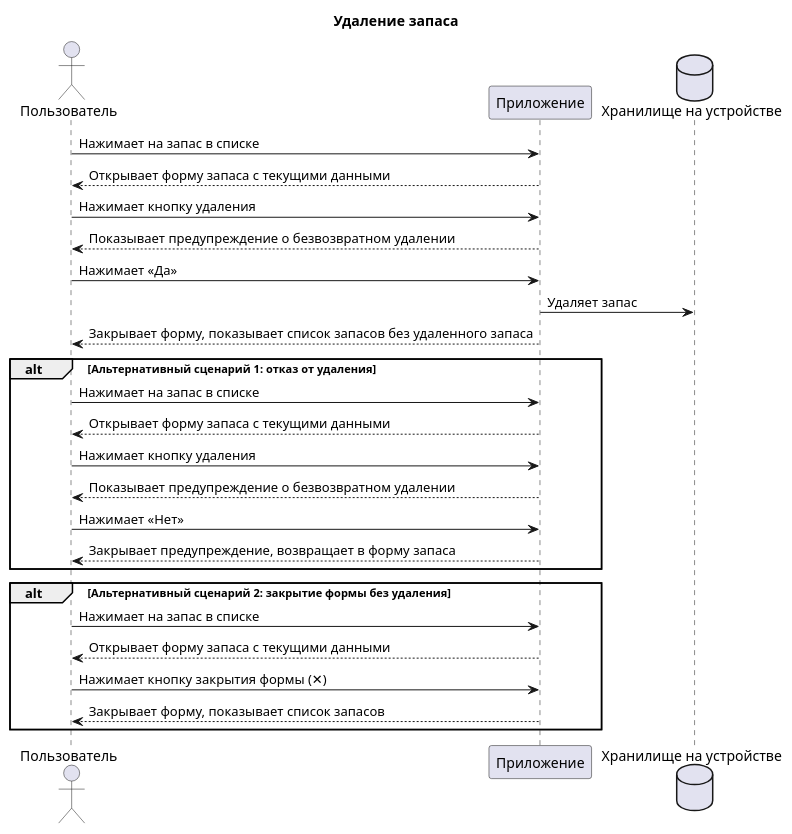
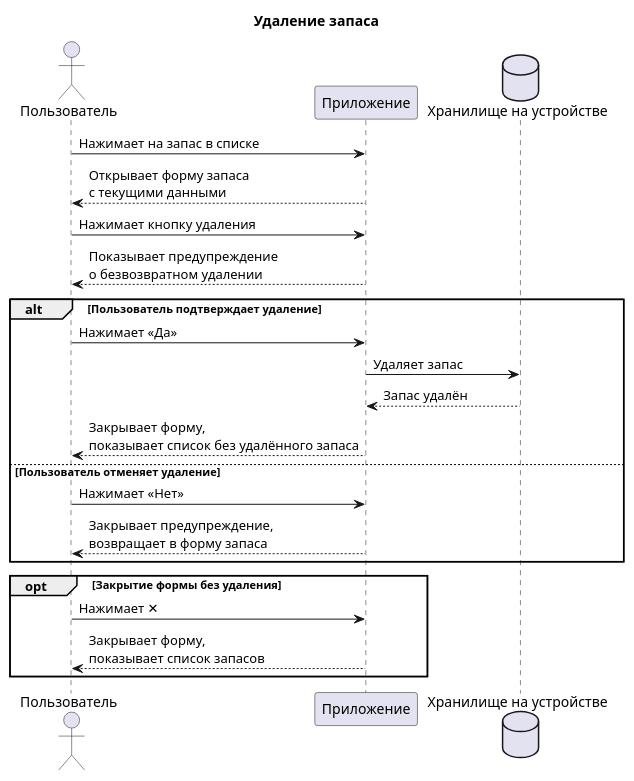
Before and after one commit to alenaChernyka/tech-writing-portfolio: the diagram in polka-app-docs/plantuml/delete-stock.puml, drawn with PlantUML. The commit also changed 6 other files, not shown here.

Commit message:
docs(polka): improve diagrams

```diff
--- a/polka-app-docs/plantuml/delete-stock.puml
+++ b/polka-app-docs/plantuml/delete-stock.puml
@@ -1,31 +1,31 @@
 @startuml
+
 title Удаление запаса
 
 actor Пользователь as user
 participant Приложение as client
 database "Хранилище на устройстве" as storage
 
 user -> client: Нажимает на запас в списке
-user <-- client: Открывает форму запаса с текущими данными
+client --> user: Открывает форму запаса\nс текущими данными
+
 user -> client: Нажимает кнопку удаления
-user <-- client: Показывает предупреждение о безвозвратном удалении
-user -> client: Нажимает «Да»
-client -> storage: Удаляет запас
-user <-- client: Закрывает форму, показывает список запасов без удаленного запаса
+client --> user: Показывает предупреждение\nо безвозвратном удалении
 
-alt Альтернативный сценарий 1: отказ от удаления
-user -> client: Нажимает на запас в списке
-user <-- client: Открывает форму запаса с текущими данными
-user -> client: Нажимает кнопку удаления
-user <-- client: Показывает предупреждение о безвозвратном удалении
-user -> client: Нажимает «Нет»
-user <-- client: Закрывает предупреждение, возвращает в форму запаса
-end alt
+alt Пользователь подтверждает удаление
+    user -> client: Нажимает «Да»
+    client -> storage: Удаляет запас
+    storage --> client: Запас удалён
+    client --> user: Закрывает форму,\nпоказывает список без удалённого запаса
 
-alt Альтернативный сценарий 2: закрытие формы без удаления
-user -> client: Нажимает на запас в списке
-user <-- client: Открывает форму запаса с текущими данными
-user -> client: Нажимает кнопку закрытия формы (✕)
-user <-- client: Закрывает форму, показывает список запасов
-end alt
+else Пользователь отменяет удаление
+    user -> client: Нажимает «Нет»
+    client --> user: Закрывает предупреждение,\nвозвращает в форму запаса
+end
+
+opt Закрытие формы без удаления
+    user -> client: Нажимает ✕
+    client --> user: Закрывает форму,\nпоказывает список запасов
+end
+
 @enduml
```
